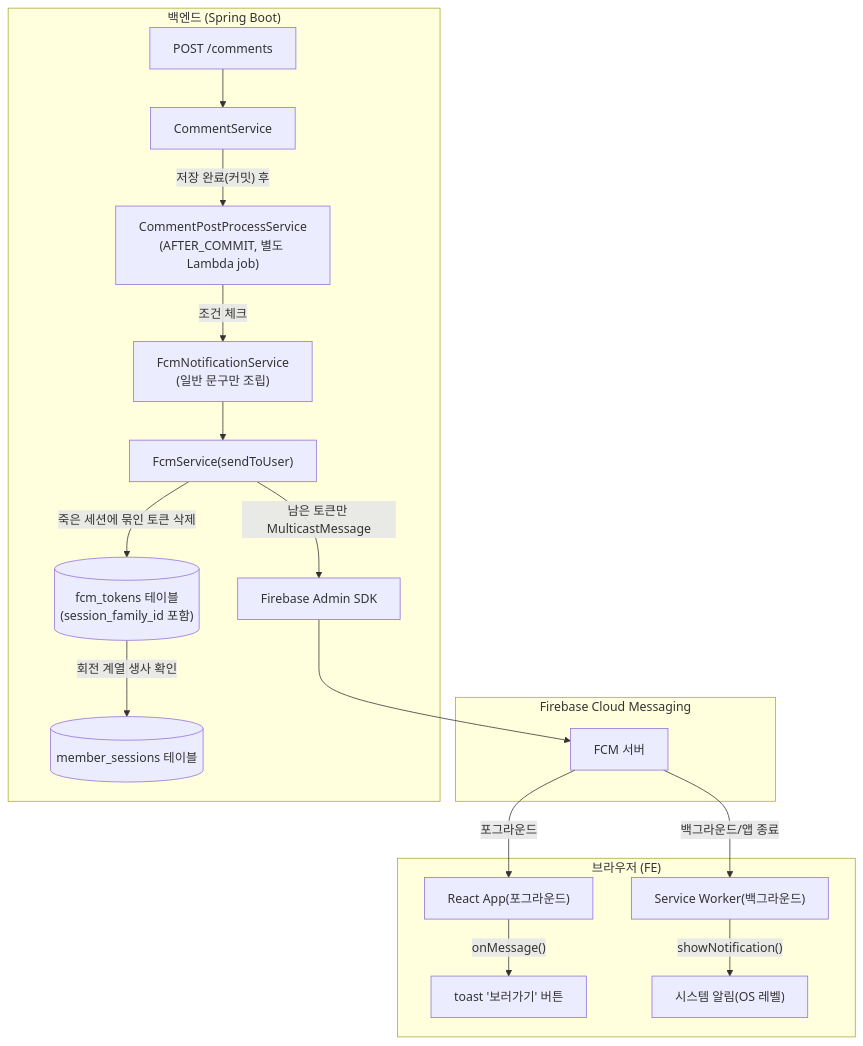
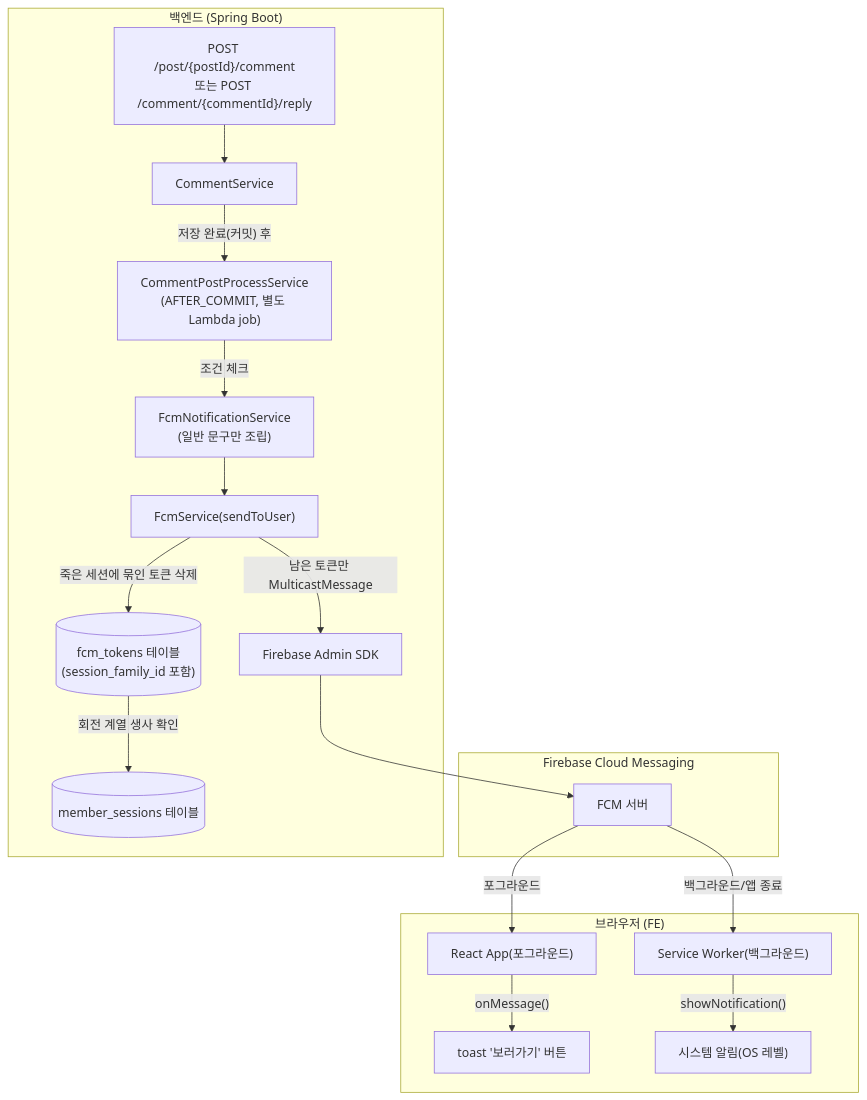
The first of 3 diagrams in docs/FCM-PUSH-NOTIFICATION.md (BAECHAN/link-sphere_FE_NEW), drawn with Mermaid before and after one commit. The commit also changed other lines of this file and 26 other files, not shown here.

First line of the commit message:
docs(fe): AUTH·FE-ARCHITECTURE·CLAUDE.md 등 22개 문서 코드 동기화 (#251)

````diff
--- a/docs/FCM-PUSH-NOTIFICATION.md
+++ b/docs/FCM-PUSH-NOTIFICATION.md
@@ -37,35 +37,35 @@
 ```mermaid
 flowchart TD
   subgraph Browser["브라우저 (FE)"]
     App["React App(포그라운드)"]
     SW["Service Worker(백그라운드)"]
     App -- "onMessage()" --> Toast["toast '보러가기' 버튼"]
     SW -- "showNotification()" --> SysNotif["시스템 알림(OS 레벨)"]
   end
 
   subgraph FCM["Firebase Cloud Messaging"]
     FCMServer["FCM 서버"]
   end
 
   subgraph BE["백엔드 (Spring Boot)"]
-    CommentAPI["POST /comments"]
+    CommentAPI["POST /post/{postId}/comment<br/>또는 POST /comment/{commentId}/reply"]
     CommentSvc["CommentService"]
     Job["CommentPostProcessService<br/>(AFTER_COMMIT, 별도 Lambda job)"]
     FcmNotiSvc["FcmNotificationService<br/>(일반 문구만 조립)"]
     FcmSvc["FcmService(sendToUser)"]
     FcmTokenDB[("fcm_tokens 테이블<br/>(session_family_id 포함)")]
     SessionDB[("member_sessions 테이블")]
     AdminSDK["Firebase Admin SDK"]
     CommentAPI --> CommentSvc
     CommentSvc -- "저장 완료(커밋) 후" --> Job
     Job -- "조건 체크" --> FcmNotiSvc
     FcmNotiSvc --> FcmSvc
     FcmSvc -- "죽은 세션에 묶인 토큰 삭제" --> FcmTokenDB
     FcmTokenDB -- "회전 계열 생사 확인" --> SessionDB
     FcmSvc -- "남은 토큰만 MulticastMessage" --> AdminSDK
   end
 
   AdminSDK --> FCMServer
   FCMServer -- "포그라운드" --> App
   FCMServer -- "백그라운드/앱 종료" --> SW
 ```
````
